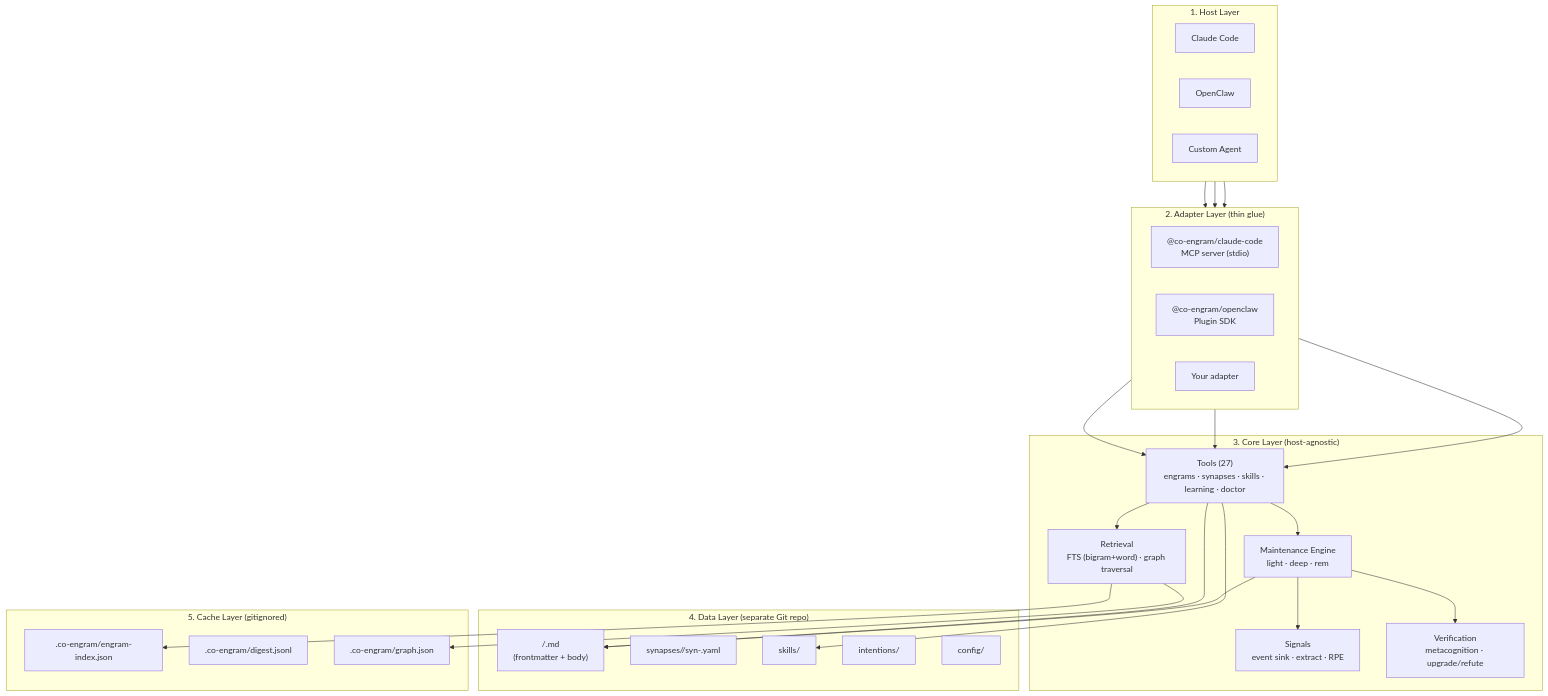
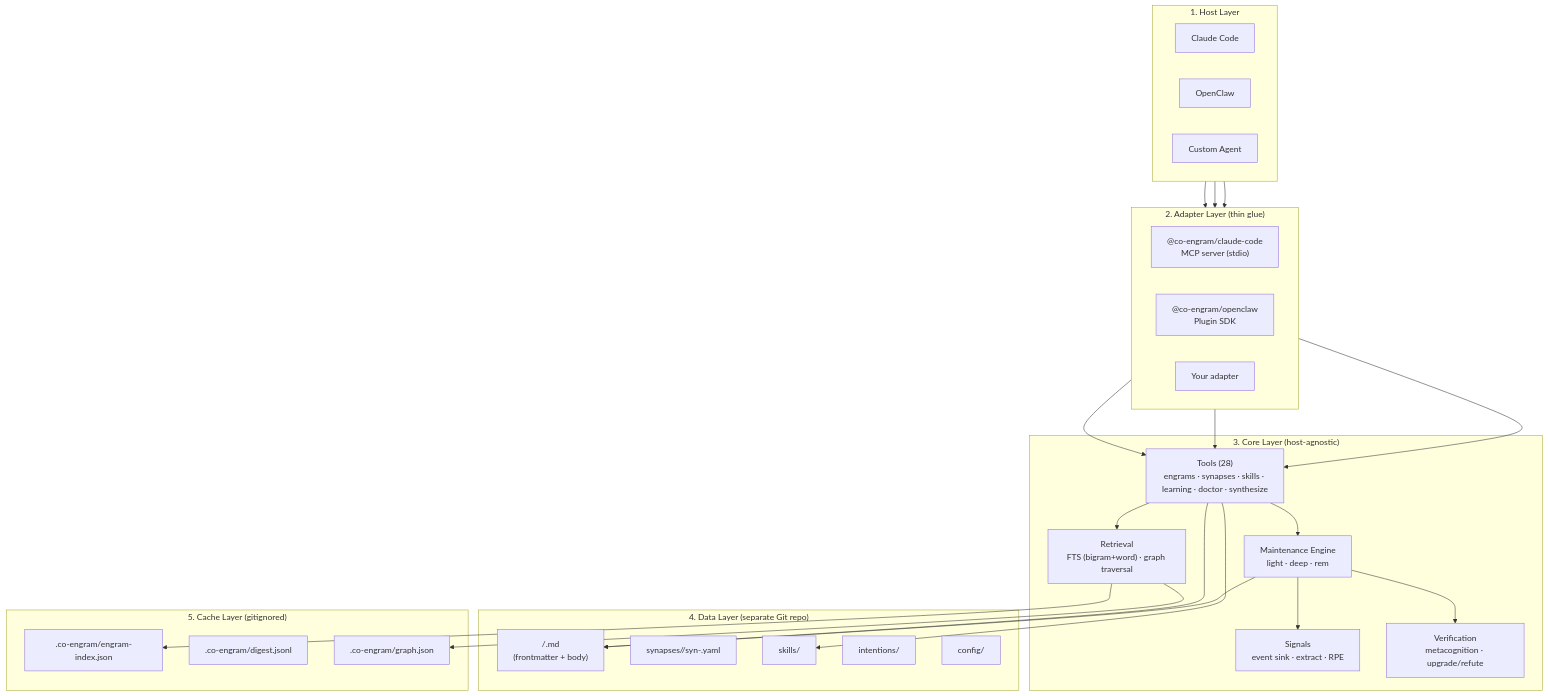
One commit to Co-Engram/Co-Engram changed the diagram in docs/architecture.md. Above: the diagram before and after it, drawn with Mermaid. The commit also changed other lines of this file and 63 other files, not shown here.

````diff
--- a/docs/architecture.md
+++ b/docs/architecture.md
@@ -7,54 +7,54 @@
 ```mermaid
 flowchart TB
   subgraph L1["1. Host Layer"]
     direction LR
     CC["Claude Code"]
     OC["OpenClaw"]
     Custom["Custom Agent"]
   end
 
   subgraph L2["2. Adapter Layer (thin glue)"]
     direction LR
     A1["@co-engram/claude-code<br/>MCP server (stdio)"]
     A2["@co-engram/openclaw<br/>Plugin SDK"]
     A3["Your adapter"]
   end
 
   subgraph L3["3. Core Layer (host-agnostic)"]
-    Tools["Tools (27)<br/>engrams · synapses · skills · learning · doctor"]
+    Tools["Tools (28)<br/>engrams · synapses · skills · learning · doctor · synthesize"]
     Retrieval["Retrieval<br/>FTS (bigram+word) · graph traversal"]
     Engine["Maintenance Engine<br/>light · deep · rem"]
     Signals["Signals<br/>event sink · extract · RPE"]
     Verify["Verification<br/>metacognition · upgrade/refute"]
   end
 
   subgraph L4["4. Data Layer (separate Git repo)"]
     Engrams["<domainTags>/<slug>.md<br/>(frontmatter + body)"]
     Synapses["synapses/<kind>/syn-<hash>.yaml"]
     Skills["skills/"]
     Intentions["intentions/"]
     Config["config/"]
   end
 
   subgraph L5["5. Cache Layer (gitignored)"]
     FTS[".co-engram/engram-index.json"]
     Vectors[".co-engram/digest.jsonl"]
     Graph[".co-engram/graph.json"]
   end
 
   CC --> A1
   OC --> A2
   Custom --> A3
   A1 --> Tools
   A2 --> Tools
   A3 --> Tools
   Tools --> Retrieval
   Tools --> Engine
   Engine --> Signals
   Engine --> Verify
   Retrieval --> FTS
   Retrieval --> Graph
   Tools --> Engrams
   Tools --> Skills
   Engine --> Engrams
 ```
````
